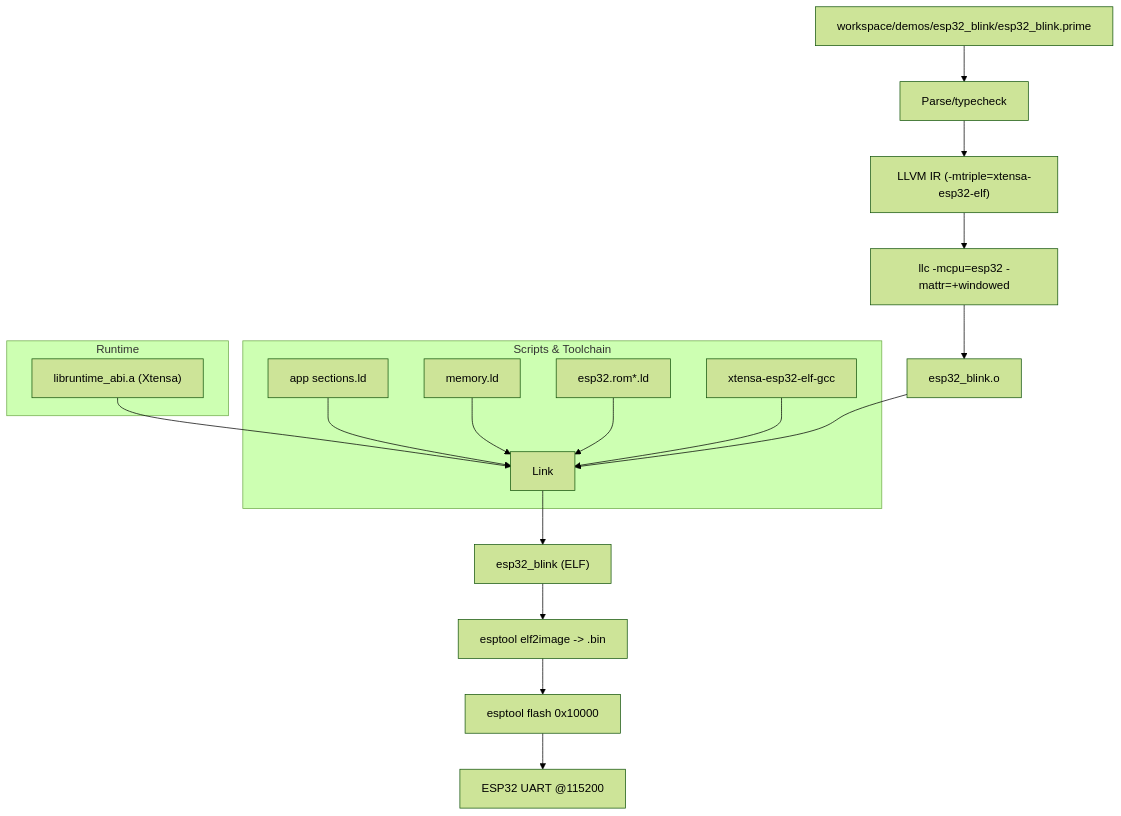
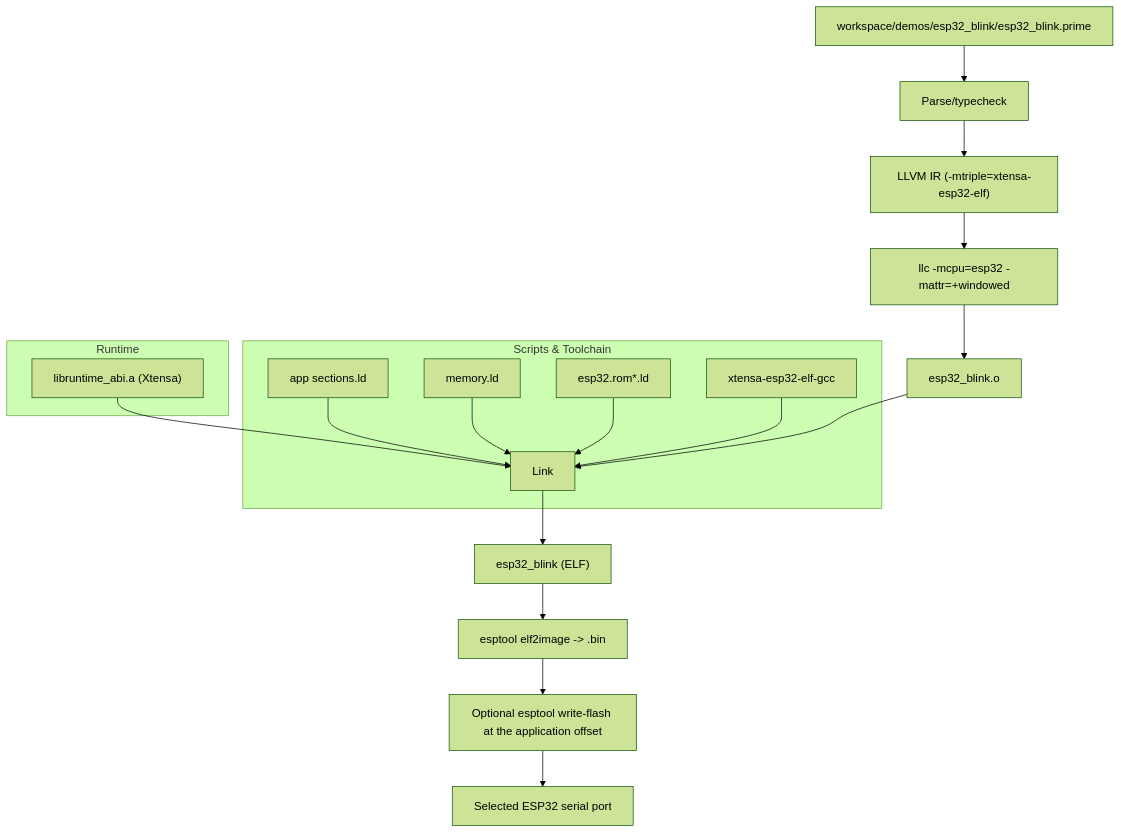
The diagram in docs/EmbeddedPipeline.md (ASoldo/prime-lang), drawn with Mermaid (forest theme) before and after one commit. The commit also changed other lines of this file and 2 other files, not shown here.

Commit message:
Flash the selected application without implicitly replacing board metadata

````diff
--- a/docs/EmbeddedPipeline.md
+++ b/docs/EmbeddedPipeline.md
@@ -5,24 +5,24 @@
 ```mermaid
 flowchart TD
   SRC["workspace/demos/esp32_blink/esp32_blink.prime"] --> PARSE["Parse/typecheck"]
   PARSE --> IR["LLVM IR (-mtriple=xtensa-esp32-elf)"]
   IR --> LLC["llc -mcpu=esp32 -mattr=+windowed"]
   LLC --> OBJ["esp32_blink.o"]
 
   subgraph Scripts & Toolchain
     SECTIONS["app sections.ld"] --> LINK
     MEMORY["memory.ld"] --> LINK
     ROM["esp32.rom*.ld"] --> LINK
     TOOL["xtensa-esp32-elf-gcc"] --> LINK
   end
 
   subgraph Runtime
     ABI["libruntime_abi.a (Xtensa)"] --> LINK
   end
 
   OBJ --> LINK["Link"]
   LINK --> ELF["esp32_blink (ELF)"]
   ELF --> OBJCOPY["esptool elf2image -> .bin"]
-  OBJCOPY --> FLASH["esptool flash 0x10000"]
-  FLASH --> DEVICE["ESP32 UART @115200"]
+  OBJCOPY --> FLASH["Optional esptool write-flash at the application offset"]
+  FLASH --> DEVICE["Selected ESP32 serial port"]
 ```
````
